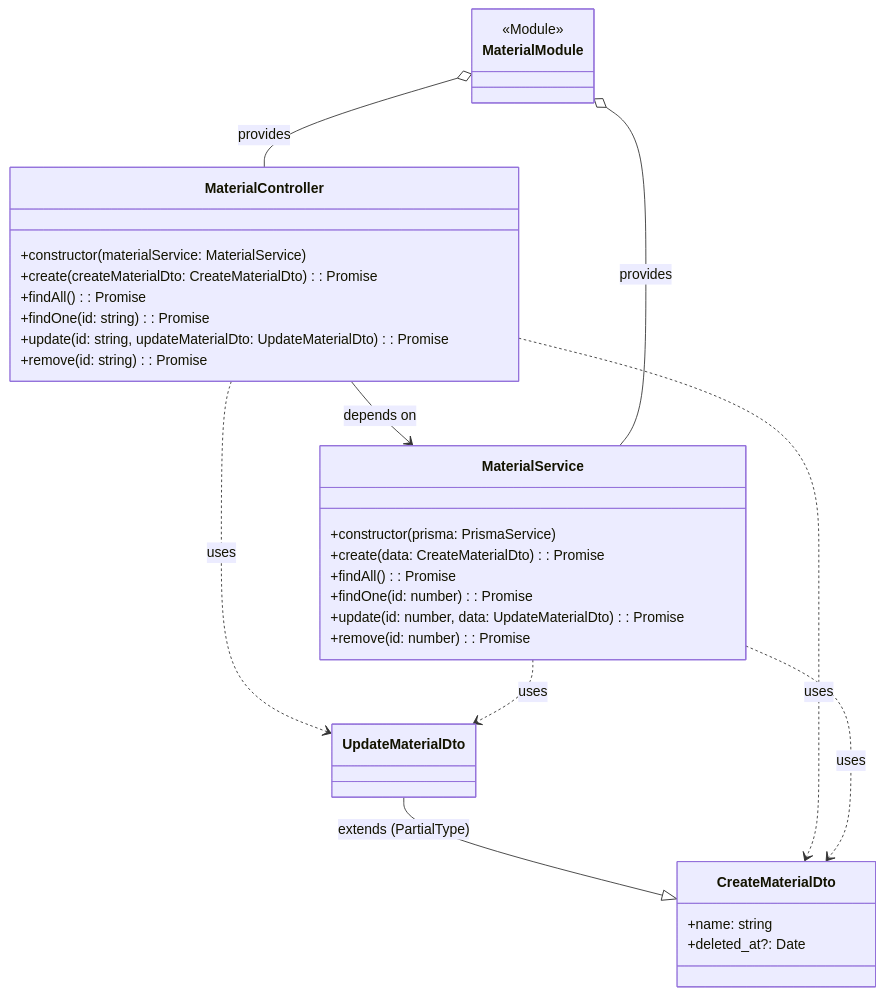
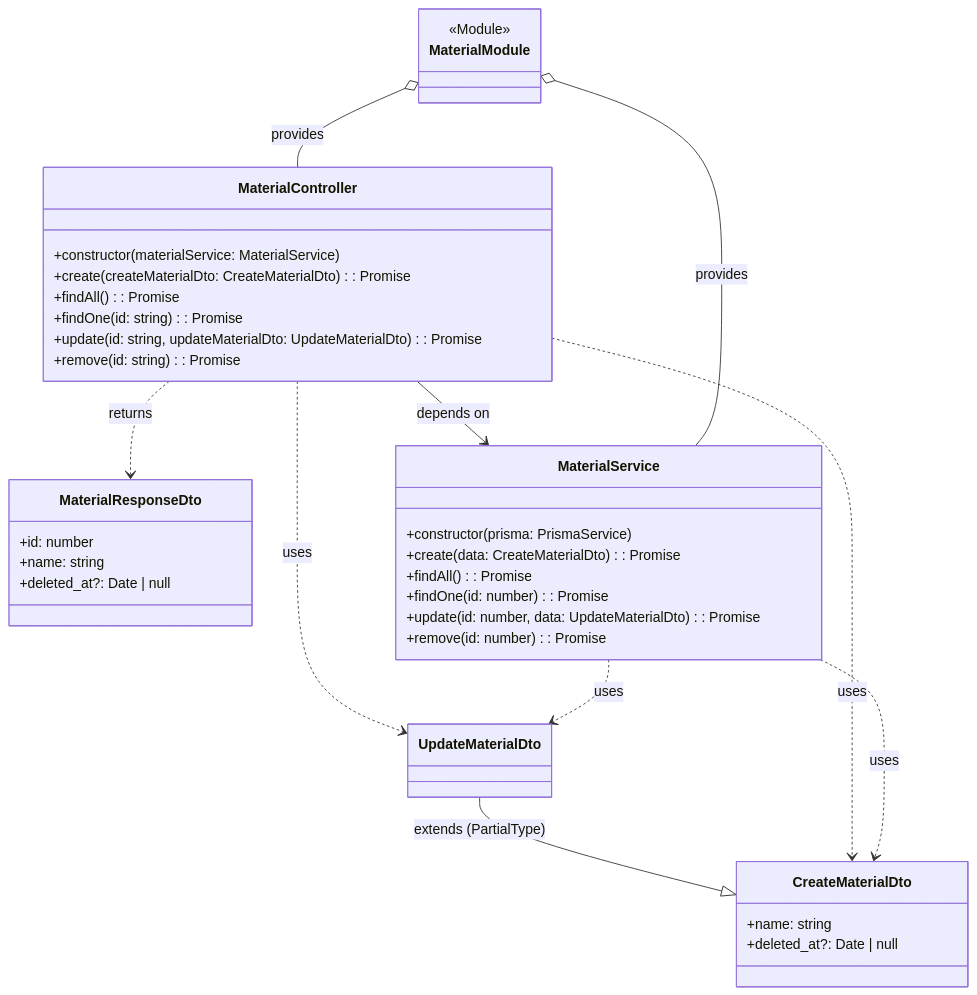
The diagram in src/material/material.diagram.mmd (Ange230700/abyss_back), drawn with Mermaid before and after one commit. The commit also changed 4 other files, not shown here.

```diff
--- a/src/material/material.diagram.mmd
+++ b/src/material/material.diagram.mmd
@@ -1,44 +1,51 @@
 %% src\material\material.diagram.mmd
 
 classDiagram
     %% DTOs
     class CreateMaterialDto {
         +name: string
-        +deleted_at?: Date
+        +deleted_at?: Date | null
     }
     class UpdateMaterialDto
     UpdateMaterialDto --|> CreateMaterialDto : extends (PartialType)
 
+    class MaterialResponseDto {
+        +id: number
+        +name: string
+        +deleted_at?: Date | null
+    }
+
     %% Service
     class MaterialService {
         +constructor(prisma: PrismaService)
-        +create(data: CreateMaterialDto): Promise<Material>
-        +findAll(): Promise<Material[]>
-        +findOne(id: number): Promise<Material>
-        +update(id: number, data: UpdateMaterialDto): Promise<Material>
-        +remove(id: number): Promise<Material>
+        +create(data: CreateMaterialDto): Promise<material>
+        +findAll(): Promise<material[]>
+        +findOne(id: number): Promise<material>
+        +update(id: number, data: UpdateMaterialDto): Promise<material>
+        +remove(id: number): Promise<material>
     }
 
     %% Controller
     class MaterialController {
         +constructor(materialService: MaterialService)
-        +create(createMaterialDto: CreateMaterialDto): Promise<Material>
-        +findAll(): Promise<Material[]>
-        +findOne(id: string): Promise<Material>
-        +update(id: string, updateMaterialDto: UpdateMaterialDto): Promise<Material>
-        +remove(id: string): Promise<Material>
+        +create(createMaterialDto: CreateMaterialDto): Promise<MaterialResponseDto>
+        +findAll(): Promise<MaterialResponseDto[]>
+        +findOne(id: string): Promise<MaterialResponseDto>
+        +update(id: string, updateMaterialDto: UpdateMaterialDto): Promise<MaterialResponseDto>
+        +remove(id: string): Promise<MaterialResponseDto>
     }
 
     %% Module
     class MaterialModule {
         <<Module>>
     }
 
     %% Relationships
     MaterialController --> MaterialService : depends on
     MaterialController ..> CreateMaterialDto : uses
     MaterialController ..> UpdateMaterialDto : uses
+    MaterialController ..> MaterialResponseDto : returns
     MaterialService ..> CreateMaterialDto : uses
     MaterialService ..> UpdateMaterialDto : uses
     MaterialModule o-- MaterialController : provides
     MaterialModule o-- MaterialService : provides
```
